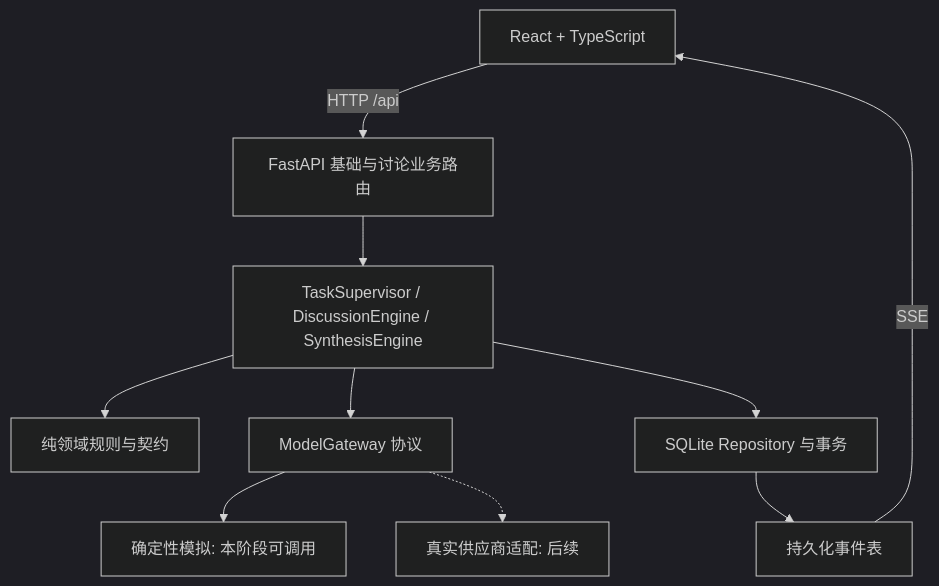
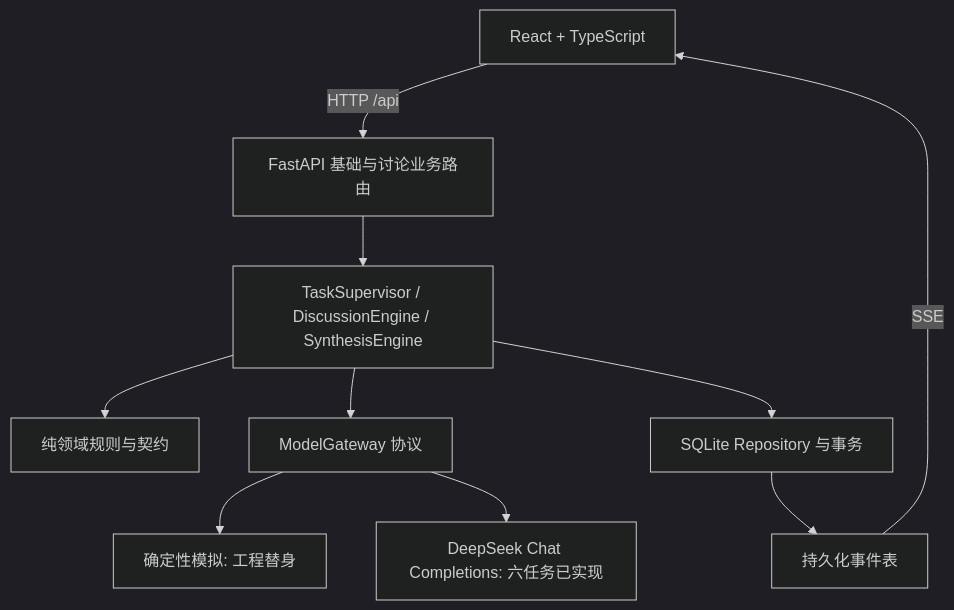
Before and after one commit to WenhuiRuan/Web-App-MVP: the diagram in docs/architecture.md, drawn with Mermaid (dark theme). The commit also changed other lines of this file and 26 other files, not shown here.

````diff
--- a/docs/architecture.md
+++ b/docs/architecture.md
@@ -17,12 +17,12 @@
 ```mermaid
 flowchart TD
   UI[React + TypeScript] -->|HTTP /api| API[FastAPI 基础与讨论业务路由]
   API --> APP[TaskSupervisor / DiscussionEngine / SynthesisEngine]
   APP --> DOMAIN[纯领域规则与契约]
   APP --> PORT[ModelGateway 协议]
-  PORT --> MOCK[确定性模拟: 本阶段可调用]
-  PORT -.-> REAL[真实供应商适配: 后续]
+  PORT --> MOCK[确定性模拟: 工程替身]
+  PORT --> REAL[DeepSeek Chat Completions: 六任务已实现]
   APP --> DB[SQLite Repository 与事务]
   DB --> EV[持久化事件表]
   EV -->|SSE| UI
 ```
````
